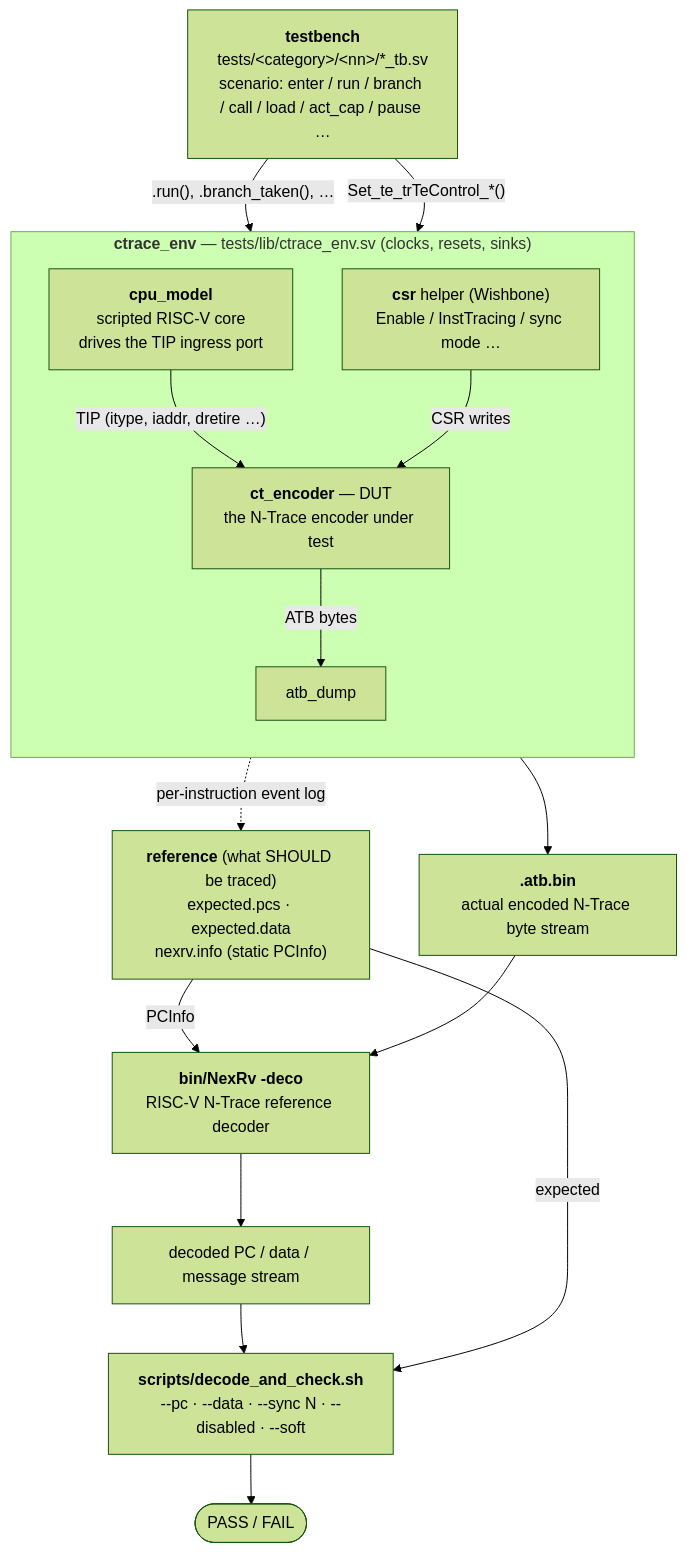
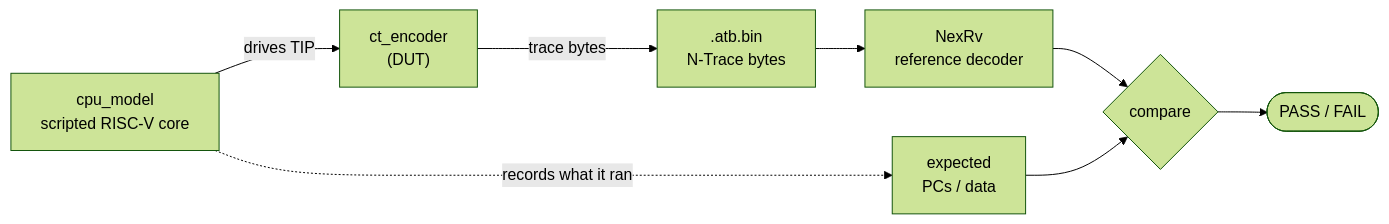
The diagram in doc/verification.md (accemic/TraceEncoder), drawn with Mermaid (forest theme) before and after one commit. The commit also changed other lines of this file, not shown here.

First line of the commit message:
doc: trim verification doc to a minimal Mermaid-only overview

````diff
--- a/doc/verification.md
+++ b/doc/verification.md
@@ -28,31 +15,14 @@
 ```mermaid
-flowchart TB
-    TB["<b>testbench</b><br/>tests/&lt;category&gt;/&lt;nn&gt;/*_tb.sv<br/>scenario: enter / run / branch / call / load / act_cap / pause …"]
-
-    subgraph ENV["<b>ctrace_env</b> — tests/lib/ctrace_env.sv (clocks, resets, sinks)"]
-      direction TB
-      CPU["<b>cpu_model</b><br/>scripted RISC-V core<br/>drives the TIP ingress port"]
-      CSR["<b>csr</b> helper (Wishbone)<br/>Enable / InstTracing / sync mode …"]
-      DUT["<b>ct_encoder</b> — DUT<br/>the N-Trace encoder under test"]
-      ADUMP["atb_dump"]
-    end
-
-    REF["<b>reference</b> (what SHOULD be traced)<br/>expected.pcs · expected.data<br/>nexrv.info (static PCInfo)"]
-    BIN["<b>.atb.bin</b><br/>actual encoded N-Trace byte stream"]
-    NEXRV["<b>bin/NexRv -deco</b><br/>RISC-V N-Trace reference decoder"]
-    DEC["decoded PC / data / message stream"]
-    CHK["<b>scripts/decode_and_check.sh</b><br/>--pc · --data · --sync N · --disabled · --soft"]
+flowchart LR
+    CPU["cpu_model<br/>scripted RISC-V core"]
+    DUT["ct_encoder<br/>(DUT)"]
+    BIN[".atb.bin<br/>N-Trace bytes"]
+    NEXRV["NexRv<br/>reference decoder"]
+    REF["expected<br/>PCs / data"]
+    CHK{"compare"}
     RES(["PASS / FAIL"])
 
-    TB -->|".run(), .branch_taken(), …"| CPU
-    TB -->|"Set_te_trTeControl_*()"| CSR
-    CPU -->|"TIP (itype, iaddr, dretire …)"| DUT
-    CSR -->|"CSR writes"| DUT
-    CPU -.->|"per-instruction event log"| REF
-    DUT -->|"ATB bytes"| ADUMP --> BIN
-    REF -->|"PCInfo"| NEXRV
-    BIN --> NEXRV --> DEC
-    DEC --> CHK
-    REF -->|"expected"| CHK
+    CPU -->|drives TIP| DUT -->|trace bytes| BIN --> NEXRV --> CHK
+    CPU -.->|records what it ran| REF --> CHK
     CHK --> RES
 ```
````
